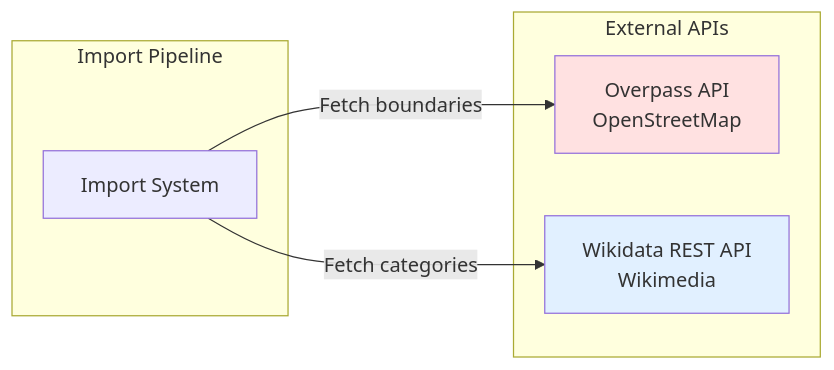
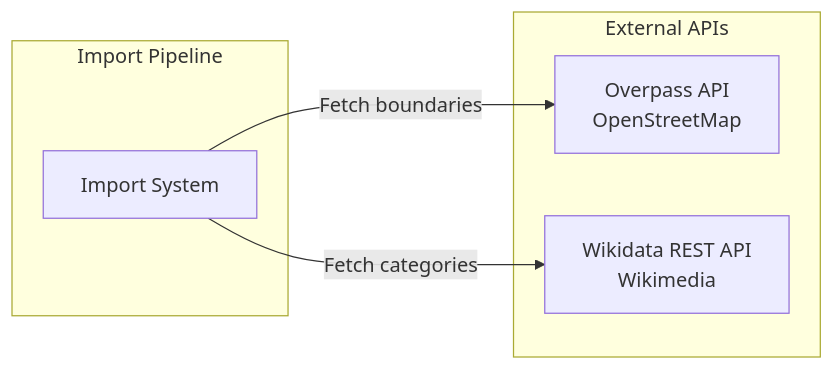
One commit to DaxServer/geocode-commons-categories changed the first of 19 diagrams in docs/import/api-interactions.md. Above: the diagram before and after it, drawn with Mermaid. The commit also changed other lines of this file and 5 other files, not shown here.

````diff
--- a/docs/import/api-interactions.md
+++ b/docs/import/api-interactions.md
@@ -9,17 +9,15 @@
 ```mermaid
 graph LR
     subgraph "Import Pipeline"
         IMPORT[Import System]
     end
 
     subgraph "External APIs"
         OVERPASS[Overpass API<br/>OpenStreetMap]
         WIKIDATA[Wikidata REST API<br/>Wikimedia]
     end
 
     IMPORT -->|Fetch boundaries| OVERPASS
     IMPORT -->|Fetch categories| WIKIDATA
 
-    style OVERPASS fill:#ffe1e1
-    style WIKIDATA fill:#e1f0ff
 ```
````
